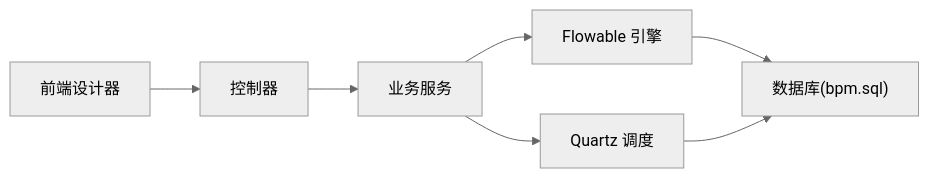
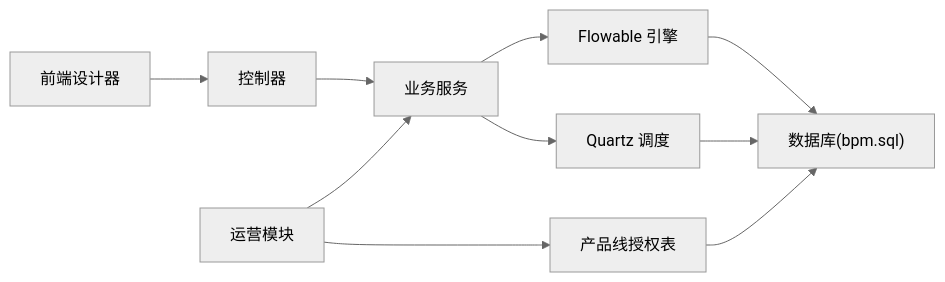
Diagram 13 of 13 in .qoder/repowiki/zh/content/核心模块/工作流模块/工作流模块.md (xiaoche80s-tech/rouyi-vue-pro), drawn with Mermaid (neutral theme) before and after one commit. The commit also changed other lines of this file and 977 other files, not shown here.

````diff
--- a/.qoder/repowiki/zh/content/核心模块/工作流模块/工作流模块.md
+++ b/.qoder/repowiki/zh/content/核心模块/工作流模块/工作流模块.md
@@ -414,9 +533,12 @@
 ```mermaid
 graph LR
 FLOW["Flowable 引擎"] --> DB["数据库(bpm.sql)"]
 QUARTZ["Quartz 调度"] --> DB
 FRONT["前端设计器"] --> CTRL["控制器"]
 CTRL --> SVC["业务服务"]
 SVC --> FLOW
 SVC --> QUARTZ
+OPS["运营模块"] --> SVC
+OPS --> OPSDB["产品线授权表"]
+OPSDB --> DB
 ```
````
